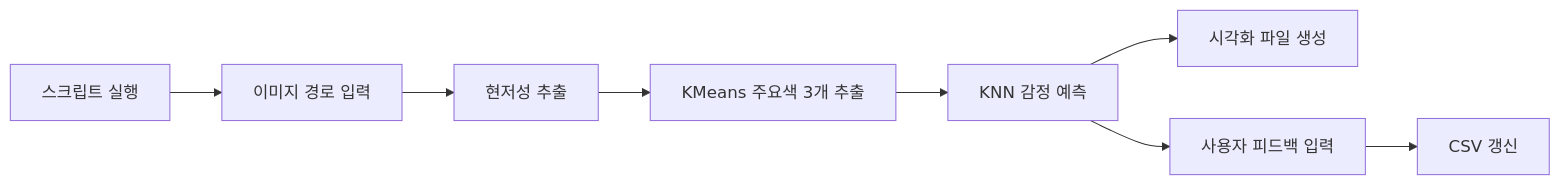
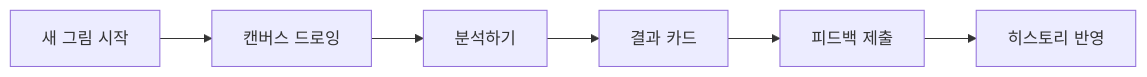
One commit to acertainromance401/SentiVision changed the first of 2 diagrams in Project_Descriptions/User_Journey_Scenario_SentiVision.md. Above: the diagram before and after it, drawn with Mermaid. The commit also changed other lines of this file, not shown here.

````diff
--- a/Project_Descriptions/User_Journey_Scenario_SentiVision.md
+++ b/Project_Descriptions/User_Journey_Scenario_SentiVision.md
@@ -82,10 +84,8 @@
 ```mermaid
 flowchart LR
-	A[스크립트 실행] --> B[이미지 경로 입력]
-	B --> C[현저성 추출]
-	C --> D[KMeans 주요색 3개 추출]
-	D --> E[KNN 감정 예측]
-	E --> F[시각화 파일 생성]
-	E --> G[사용자 피드백 입력]
-	G --> H[CSV 갱신]
+  A[새 그림 시작] --> B[캔버스 드로잉]
+  B --> C[분석하기]
+  C --> D[결과 카드]
+  D --> E[피드백 제출]
+  E --> F[히스토리 반영]
 ```
````
